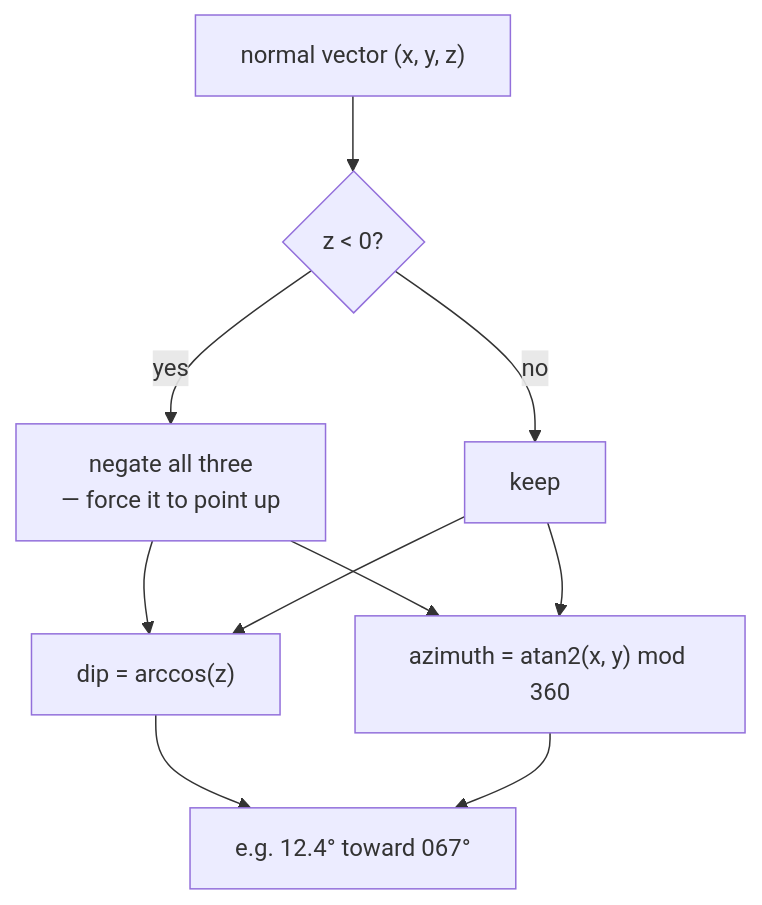
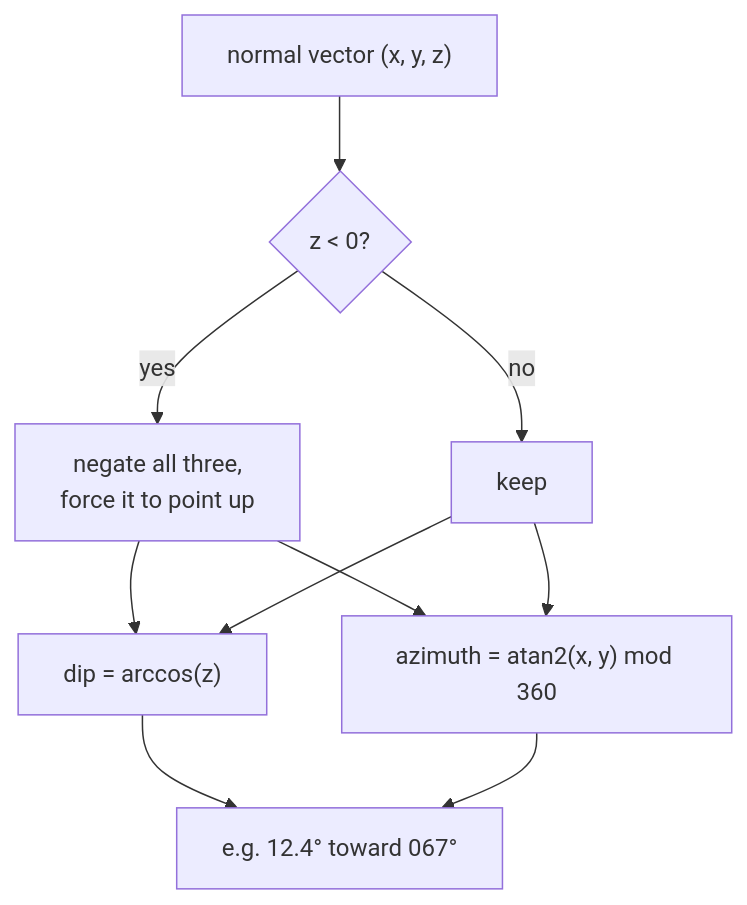
Before and after one commit to jennarbates/StratigraphyGenerator: the diagram in docs/cs/plane-normals.md, drawn with Mermaid. The commit also changed other lines of this file and 309 other files, not shown here.

````diff
--- a/docs/cs/plane-normals.md
+++ b/docs/cs/plane-normals.md
@@ -49,12 +49,12 @@
 ```mermaid
 flowchart TB
   N["normal vector (x, y, z)"] --> U{"z < 0?"}
-  U -->|yes| F["negate all three<br/>— force it to point up"]
+  U -->|yes| F["negate all three,<br/>force it to point up"]
   U -->|no| K["keep"]
   F --> D["dip = arccos(z)"]
   K --> D
   F --> A["azimuth = atan2(x, y) mod 360"]
   K --> A
   D --> Out["e.g. 12.4° toward 067°"]
   A --> Out
 ```
````
